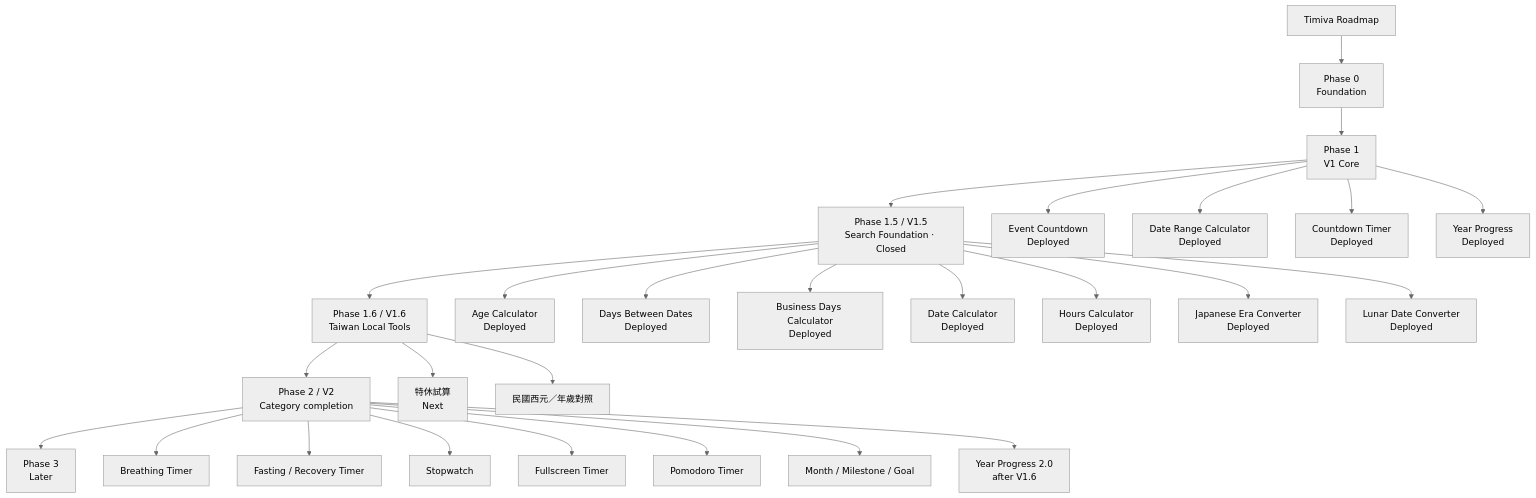
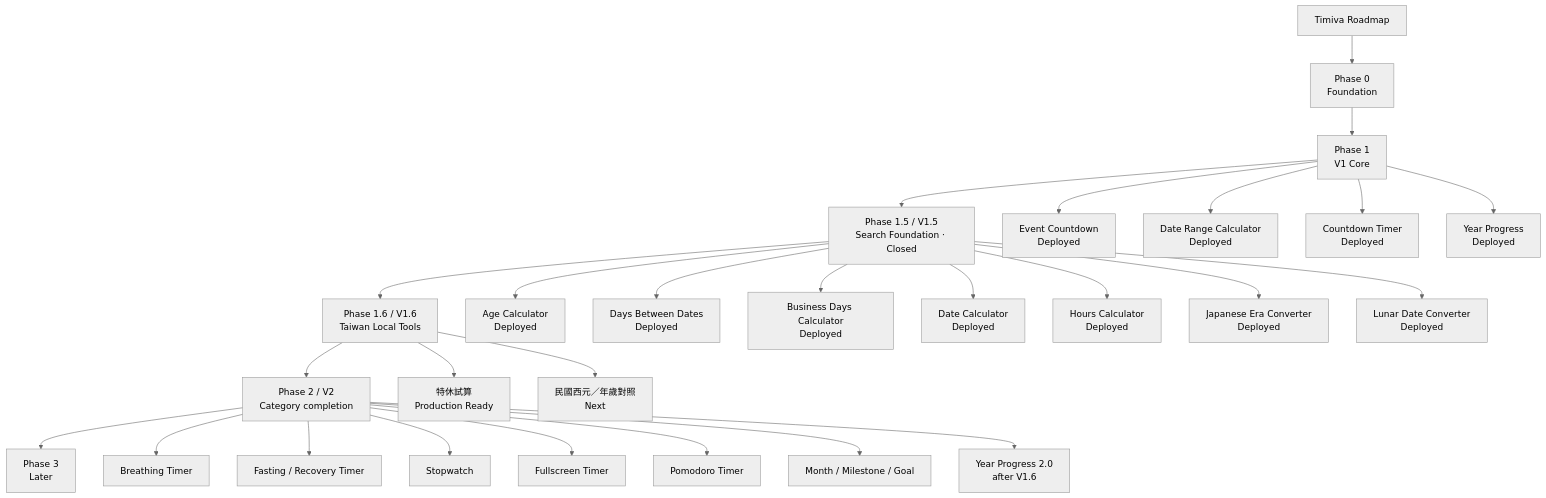
The diagram in docs/core/roadmap.md (jd-jane/Timiva), drawn with Mermaid (neutral theme) before and after one commit. The commit also changed other lines of this file and 5 other files, not shown here.

````diff
--- a/docs/core/roadmap.md
+++ b/docs/core/roadmap.md
@@ -35,33 +35,33 @@
 ```mermaid
 flowchart TD
     A[Timiva Roadmap] --> B[Phase 0<br/>Foundation]
     B --> C[Phase 1<br/>V1 Core]
     C --> D[Phase 1.5 / V1.5<br/>Search Foundation · Closed]
     D --> D16[Phase 1.6 / V1.6<br/>Taiwan Local Tools]
     D16 --> E[Phase 2 / V2<br/>Category completion]
     E --> F[Phase 3<br/>Later]
 
     C --> C1[Event Countdown<br/>Deployed]
     C --> C2[Date Range Calculator<br/>Deployed]
     C --> C3[Countdown Timer<br/>Deployed]
     C --> C4[Year Progress<br/>Deployed]
 
     D --> D1[Age Calculator<br/>Deployed]
     D --> D2[Days Between Dates<br/>Deployed]
     D --> D3[Business Days Calculator<br/>Deployed]
     D --> D4[Date Calculator<br/>Deployed]
     D --> D5[Hours Calculator<br/>Deployed]
     D --> D6[Japanese Era Converter<br/>Deployed]
     D --> D7[Lunar Date Converter<br/>Deployed]
 
-    D16 --> T1[特休試算<br/>Next]
-    D16 --> T2[民國西元／年歲對照]
+    D16 --> T1[特休試算<br/>Production Ready]
+    D16 --> T2[民國西元／年歲對照<br/>Next]
 
     E --> E1[Breathing Timer]
     E --> E2[Fasting / Recovery Timer]
     E --> E3[Stopwatch]
     E --> E4[Fullscreen Timer]
     E --> E5[Pomodoro Timer]
     E --> E6[Month / Milestone / Goal]
     E --> E7[Year Progress 2.0<br/>after V1.6]
 ```
````
